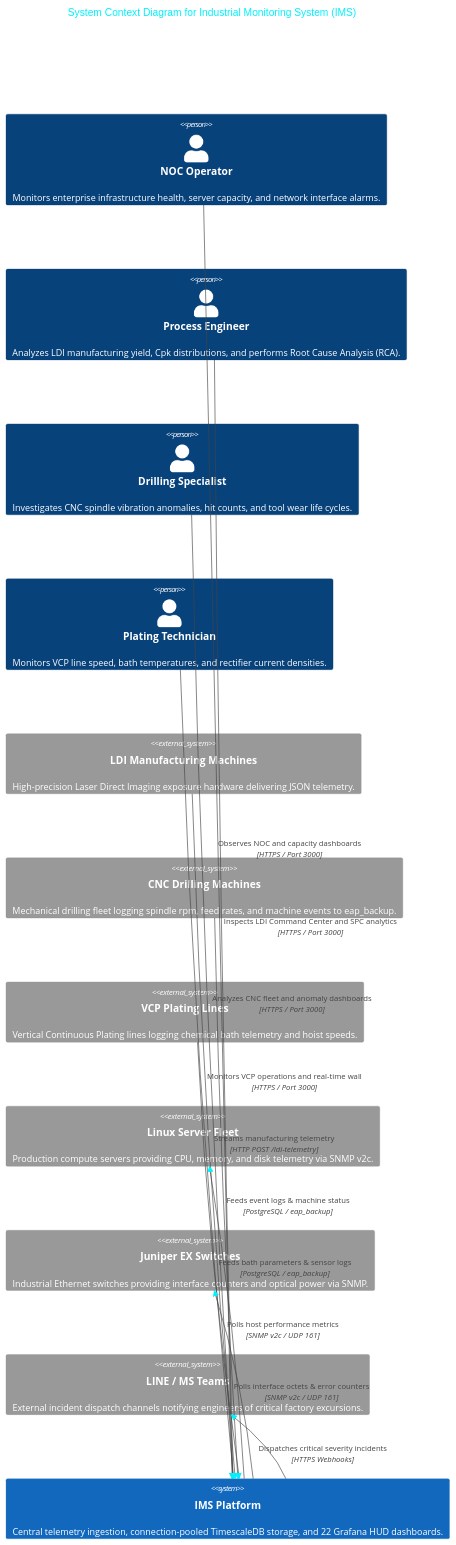
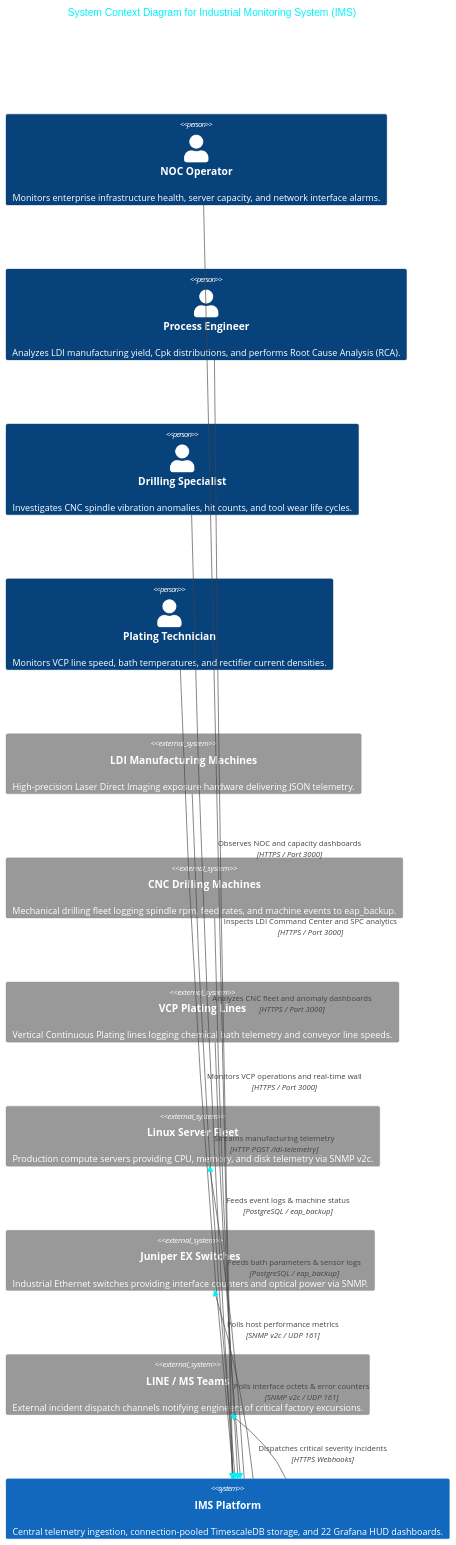
One commit to PATTANAKORN025/IMS changed the first of 8 diagrams in docs/architecture/ARCHITECTURE_DIAGRAM.md. Above: the diagram before and after it, drawn with Mermaid. The commit also changed other lines of this file and 50 other files, not shown here.

First line of the commit message:
docs: align architecture facts, topologies, and tri-language mirrors

````diff
--- a/docs/architecture/ARCHITECTURE_DIAGRAM.md
+++ b/docs/architecture/ARCHITECTURE_DIAGRAM.md
@@ -27,31 +27,31 @@
 ```mermaid
 %%{init: {'theme': 'base', 'themeVariables': { 'primaryColor': '#1e293b', 'primaryTextColor': '#00F2FE', 'primaryBorderColor': '#10B981', 'lineColor': '#00F2FE', 'secondaryColor': '#0f172a', 'tertiaryColor': '#0f172a', 'clusterBkg': '#030407', 'clusterBorder': '#00F2FE'}}}%%
 C4Context
  title System Context Diagram for Industrial Monitoring System (IMS)
 
  Person(noc_op, "NOC Operator", "Monitors enterprise infrastructure health, server capacity, and network interface alarms.")
  Person(proc_eng, "Process Engineer", "Analyzes LDI manufacturing yield, Cpk distributions, and performs Root Cause Analysis (RCA).")
  Person(drill_eng, "Drilling Specialist", "Investigates CNC spindle vibration anomalies, hit counts, and tool wear life cycles.")
  Person(vcp_tech, "Plating Technician", "Monitors VCP line speed, bath temperatures, and rectifier current densities.")
 
  System_Ext(ldi_mach, "LDI Manufacturing Machines", "High-precision Laser Direct Imaging exposure hardware delivering JSON telemetry.")
  System_Ext(cnc_drill, "CNC Drilling Machines", "Mechanical drilling fleet logging spindle rpm, feed rates, and machine events to eap_backup.")
- System_Ext(vcp_lines, "VCP Plating Lines", "Vertical Continuous Plating lines logging chemical bath telemetry and hoist speeds.")
+ System_Ext(vcp_lines, "VCP Plating Lines", "Vertical Continuous Plating lines logging chemical bath telemetry and conveyor line speeds.")
  System_Ext(servers, "Linux Server Fleet", "Production compute servers providing CPU, memory, and disk telemetry via SNMP v2c.")
  System_Ext(switches, "Juniper EX Switches", "Industrial Ethernet switches providing interface counters and optical power via SNMP.")
  System_Ext(line_teams, "LINE / MS Teams", "External incident dispatch channels notifying engineers of critical factory excursions.")
 
  System(ims, "IMS Platform", "Central telemetry ingestion, connection-pooled TimescaleDB storage, and 22 Grafana HUD dashboards.")
 
  Rel(noc_op, ims, "Observes NOC and capacity dashboards", "HTTPS / Port 3000")
  Rel(proc_eng, ims, "Inspects LDI Command Center and SPC analytics", "HTTPS / Port 3000")
  Rel(drill_eng, ims, "Analyzes CNC fleet and anomaly dashboards", "HTTPS / Port 3000")
  Rel(vcp_tech, ims, "Monitors VCP operations and real-time wall", "HTTPS / Port 3000")
 
  Rel(ldi_mach, ims, "Streams manufacturing telemetry", "HTTP POST /ldi-telemetry")
  Rel(cnc_drill, ims, "Feeds event logs & machine status", "PostgreSQL / eap_backup")
  Rel(vcp_lines, ims, "Feeds bath parameters & sensor logs", "PostgreSQL / eap_backup")
  Rel(ims, servers, "Polls host performance metrics", "SNMP v2c / UDP 161")
  Rel(ims, switches, "Polls interface octets & error counters", "SNMP v2c / UDP 161")
  Rel(ims, line_teams, "Dispatches critical severity incidents", "HTTPS Webhooks")
 ```
````
